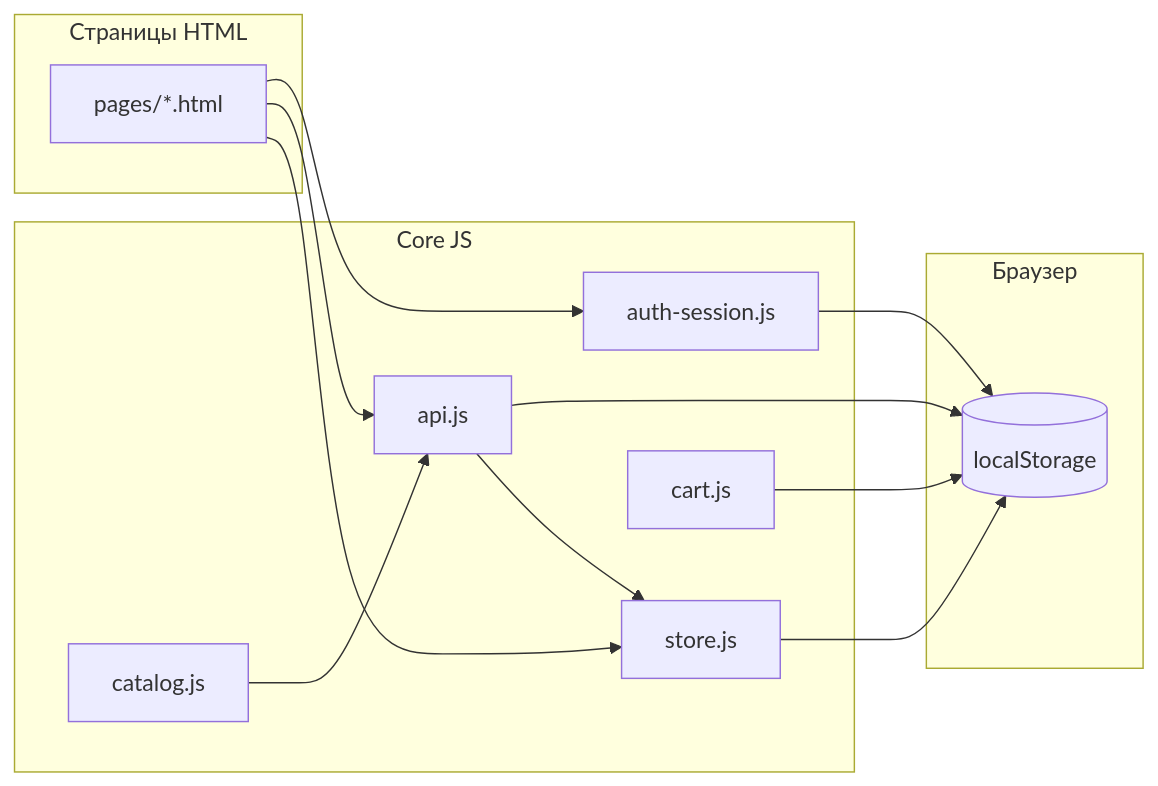
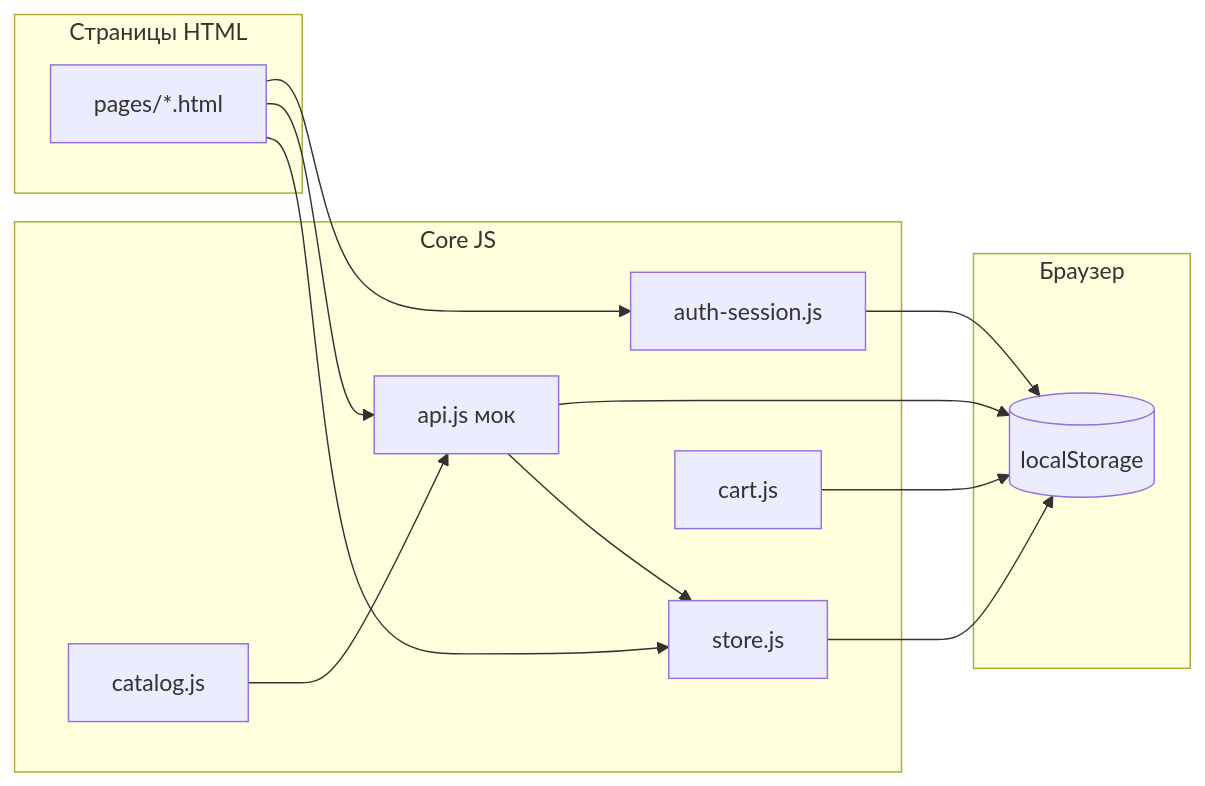
One commit to Shivarin/Sne-lot_Store changed the diagram in README.md. Above: the diagram before and after it, drawn with Mermaid. The commit also changed other lines of this file and 1 other file, not shown here.

First line of the commit message:
docs: README только про статическое демо, без сервера и реального API

````diff
--- a/README.md
+++ b/README.md
@@ -153,25 +131,25 @@
 ```mermaid
 flowchart LR
   subgraph ui [Страницы HTML]
     P[pages/*.html]
   end
   subgraph core [Core JS]
-    API[api.js]
+    API[api.js мок]
     Auth[auth-session.js]
     Store[store.js]
     Cart[cart.js]
     Cat[catalog.js]
   end
   subgraph persist [Браузер]
     LS[(localStorage)]
   end
   P --> Auth
   P --> API
   P --> Store
   Auth --> LS
   API --> LS
   Store --> LS
   Cart --> LS
   Cat --> API
   API --> Store
 ```
````
